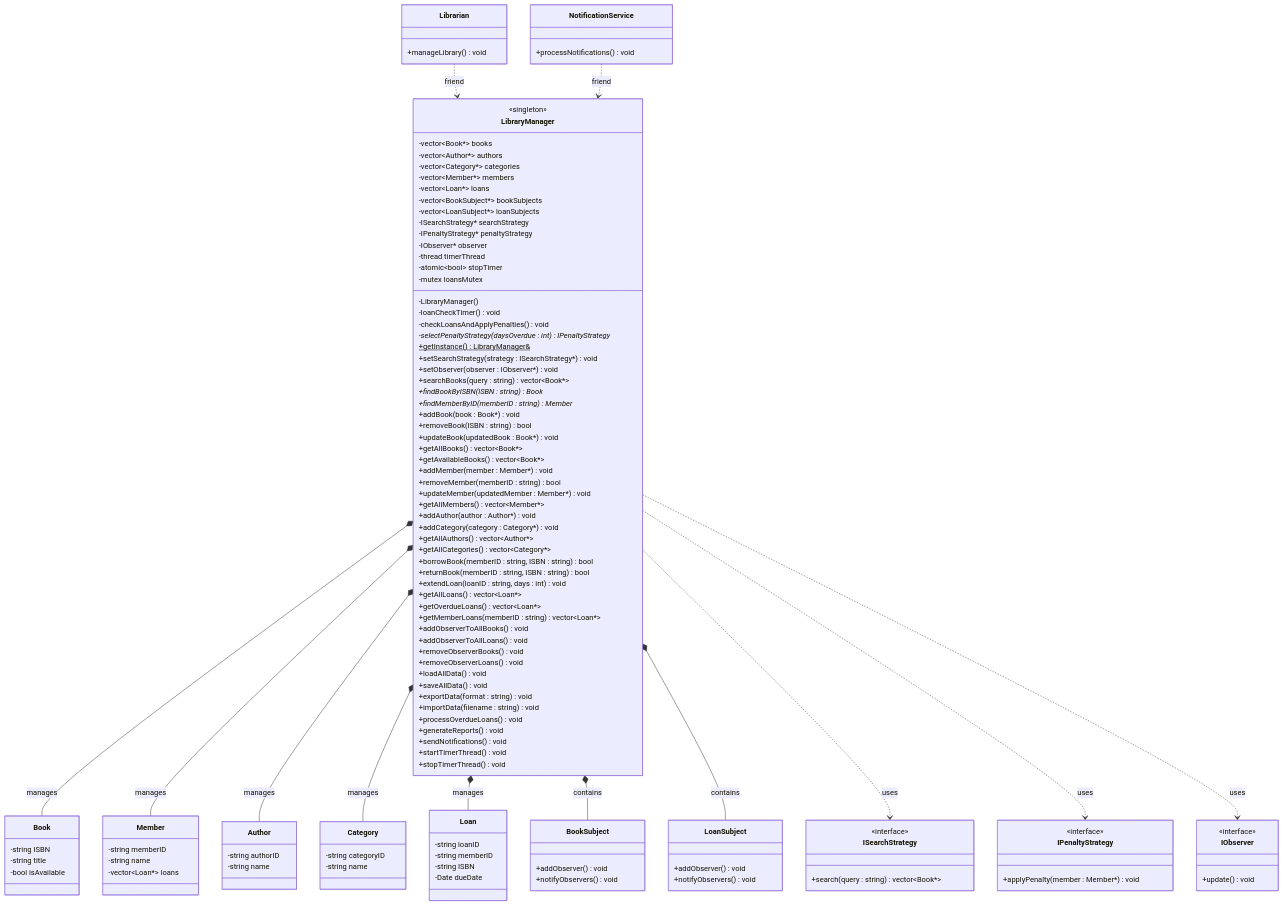
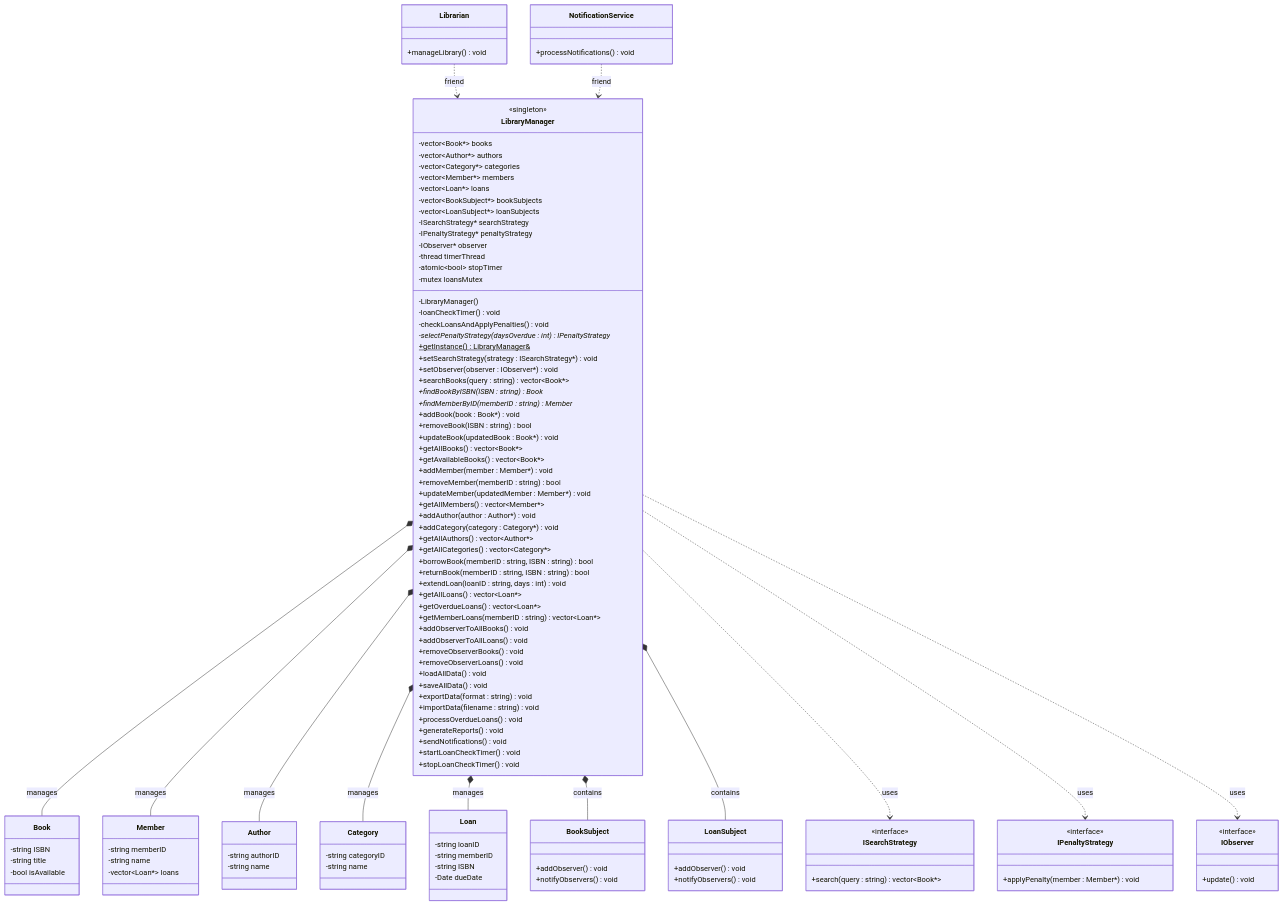
Before and after one commit to DankDaPancake/LibraryManagementSystem: the sixth of 28 diagrams in docs/report.md, drawn with Mermaid. The commit also changed other lines of this file, not shown here.

```diff
--- a/docs/report.md
+++ b/docs/report.md
@@ -840,8 +810,8 @@
         +processOverdueLoans() void
         +generateReports() void
         +sendNotifications() void
-        +startTimerThread() void
-        +stopTimerThread() void
+        +startLoanCheckTimer() void
+        +stopLoanCheckTimer() void
     }
     
     class Librarian {
```
